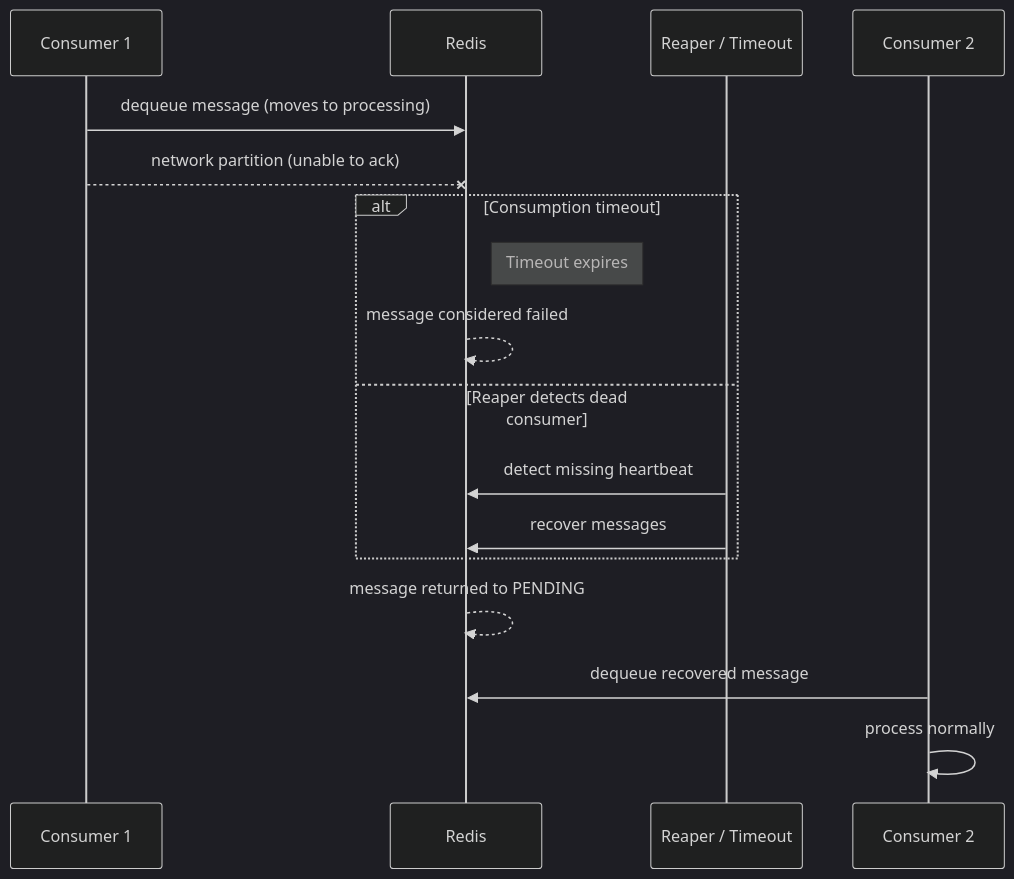
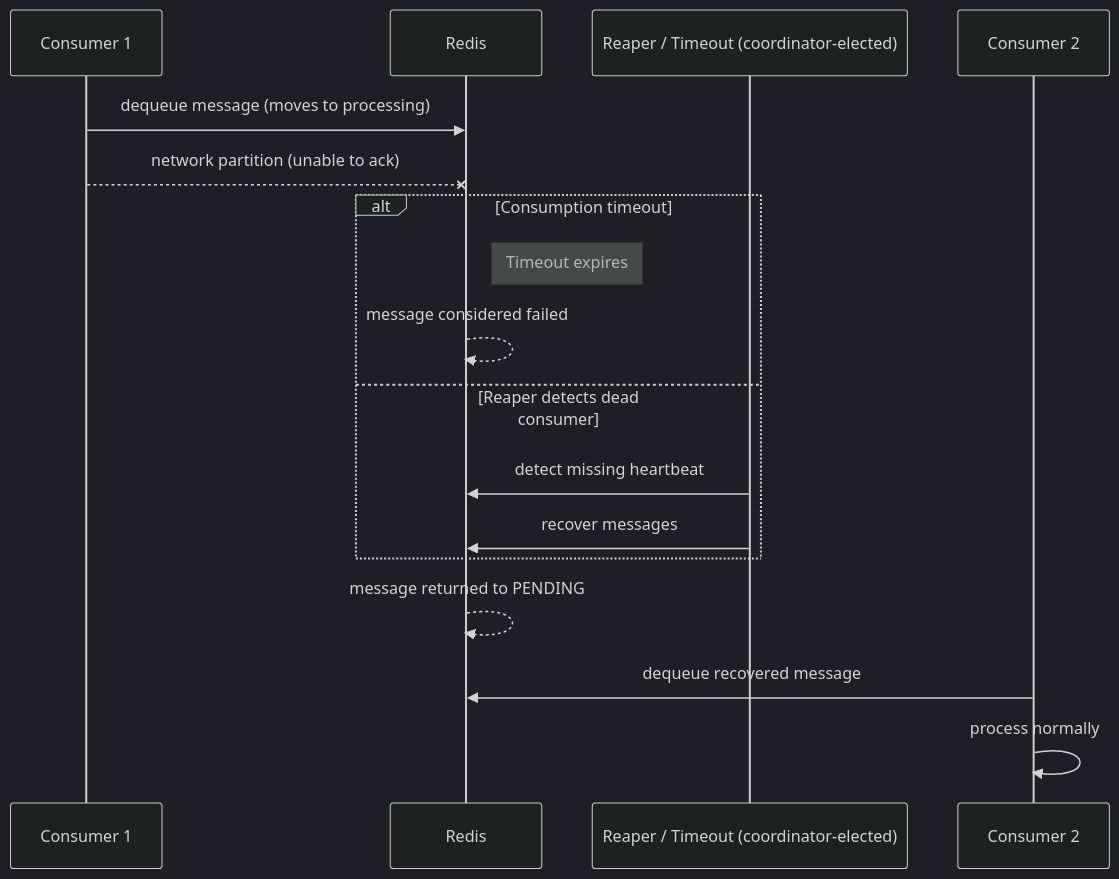
Before and after one commit to weyoss/redis-smq-docs: the third of 4 diagrams in next/message-reliability.md, drawn with Mermaid (dark theme). The commit also changed other lines of this file, not shown here.

Commit message:
docs(message-reliability): correct reaper scope from per-consumer to coordinator-elected

````diff
--- a/next/message-reliability.md
+++ b/next/message-reliability.md
@@ -100,20 +100,20 @@
 ```mermaid
 sequenceDiagram
     participant C1 as Consumer 1
     participant Redis as Redis
-    participant Reaper as Reaper / Timeout
+    participant Reaper as Reaper / Timeout (coordinator-elected)
     participant C2 as Consumer 2
 
     C1->>Redis: dequeue message (moves to processing)
     C1--xRedis: network partition (unable to ack)
     alt Consumption timeout
         Note right of Redis: Timeout expires
         Redis-->>Redis: message considered failed
     else Reaper detects dead consumer
         Reaper->>Redis: detect missing heartbeat
         Reaper->>Redis: recover messages
     end
     Redis-->>Redis: message returned to PENDING
     C2->>Redis: dequeue recovered message
     C2->>C2: process normally
 ```
````
